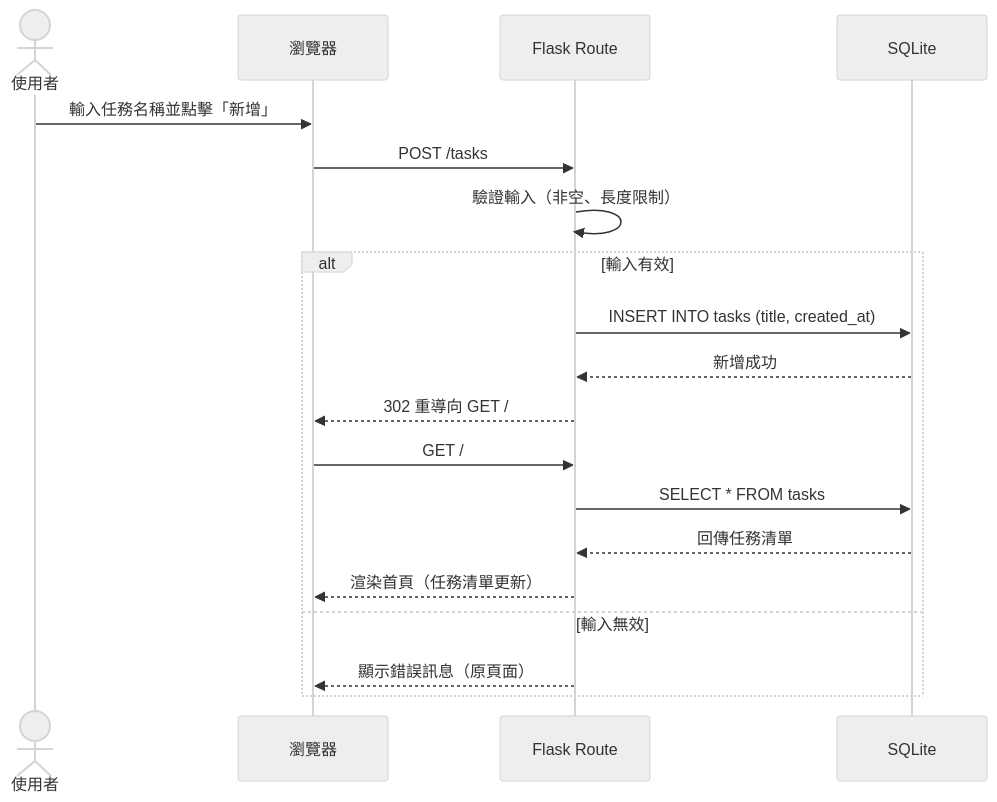
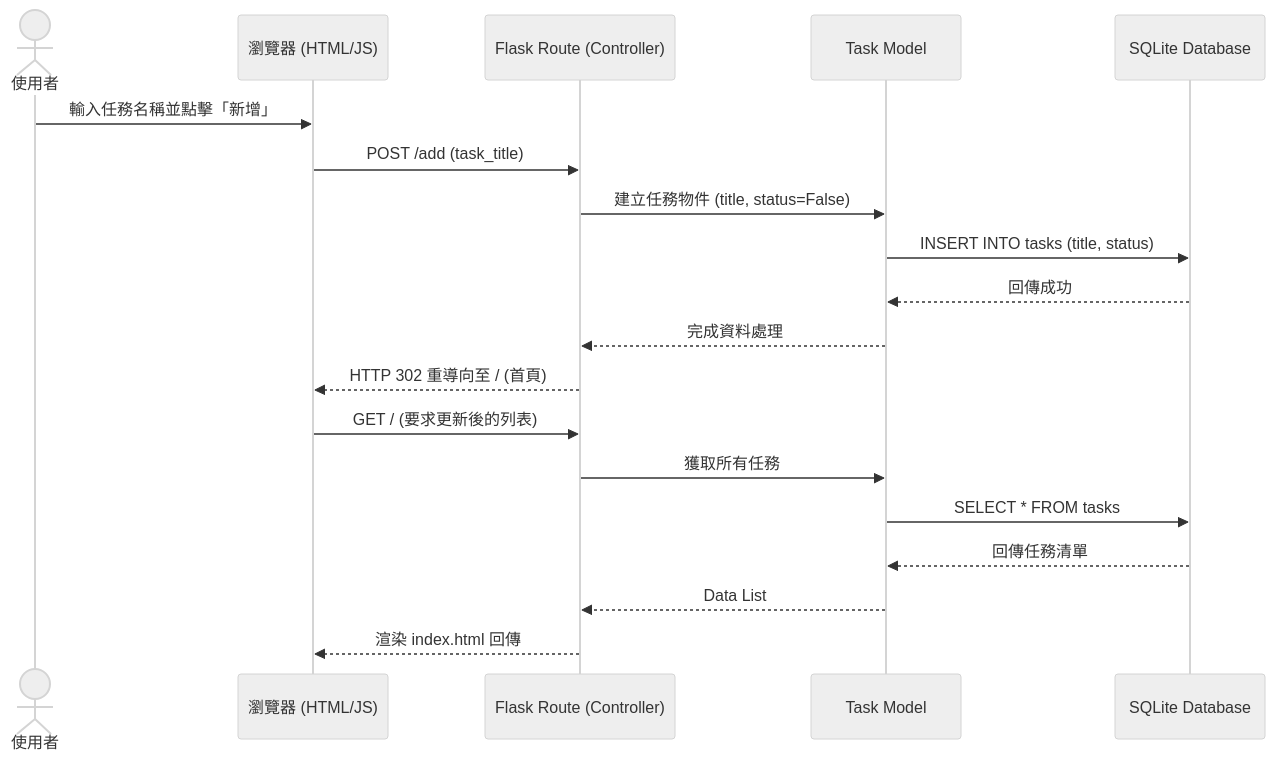
The second of 3 diagrams in docs/FLOWCHART.md (D1445387/web_app_development), drawn with Mermaid (neutral theme) before and after one commit. The commit also changed other lines of this file, not shown here.

Commit message:
docs: add user flowchart

````diff
--- a/docs/FLOWCHART.md
+++ b/docs/FLOWCHART.md
@@ -52,22 +39,22 @@
 ```mermaid
 sequenceDiagram
-  actor User as 使用者
-  participant Browser as 瀏覽器
-  participant Flask as Flask Route
-  participant DB as SQLite
+    actor User as 使用者
+    participant Browser as 瀏覽器 (HTML/JS)
+    participant Flask as Flask Route (Controller)
+    participant Model as Task Model
+    participant DB as SQLite Database
 
-  User->>Browser: 輸入任務名稱並點擊「新增」
-  Browser->>Flask: POST /tasks
-  Flask->>Flask: 驗證輸入（非空、長度限制）
-  alt 輸入有效
-    Flask->>DB: INSERT INTO tasks (title, created_at)
-    DB-->>Flask: 新增成功
-    Flask-->>Browser: 302 重導向 GET /
-    Browser->>Flask: GET /
-    Flask->>DB: SELECT * FROM tasks
-    DB-->>Flask: 回傳任務清單
-    Flask-->>Browser: 渲染首頁（任務清單更新）
-  else 輸入無效
-    Flask-->>Browser: 顯示錯誤訊息（原頁面）
-  end
+    User->>Browser: 輸入任務名稱並點擊「新增」
+    Browser->>Flask: POST /add (task_title)
+    Flask->>Model: 建立任務物件 (title, status=False)
+    Model->>DB: INSERT INTO tasks (title, status)
+    DB-->>Model: 回傳成功
+    Model-->>Flask: 完成資料處理
+    Flask-->>Browser: HTTP 302 重導向至 / (首頁)
+    Browser->>Flask: GET / (要求更新後的列表)
+    Flask->>Model: 獲取所有任務
+    Model->>DB: SELECT * FROM tasks
+    DB-->>Model: 回傳任務清單
+    Model-->>Flask: Data List
+    Flask-->>Browser: 渲染 index.html 回傳
 ```
````
